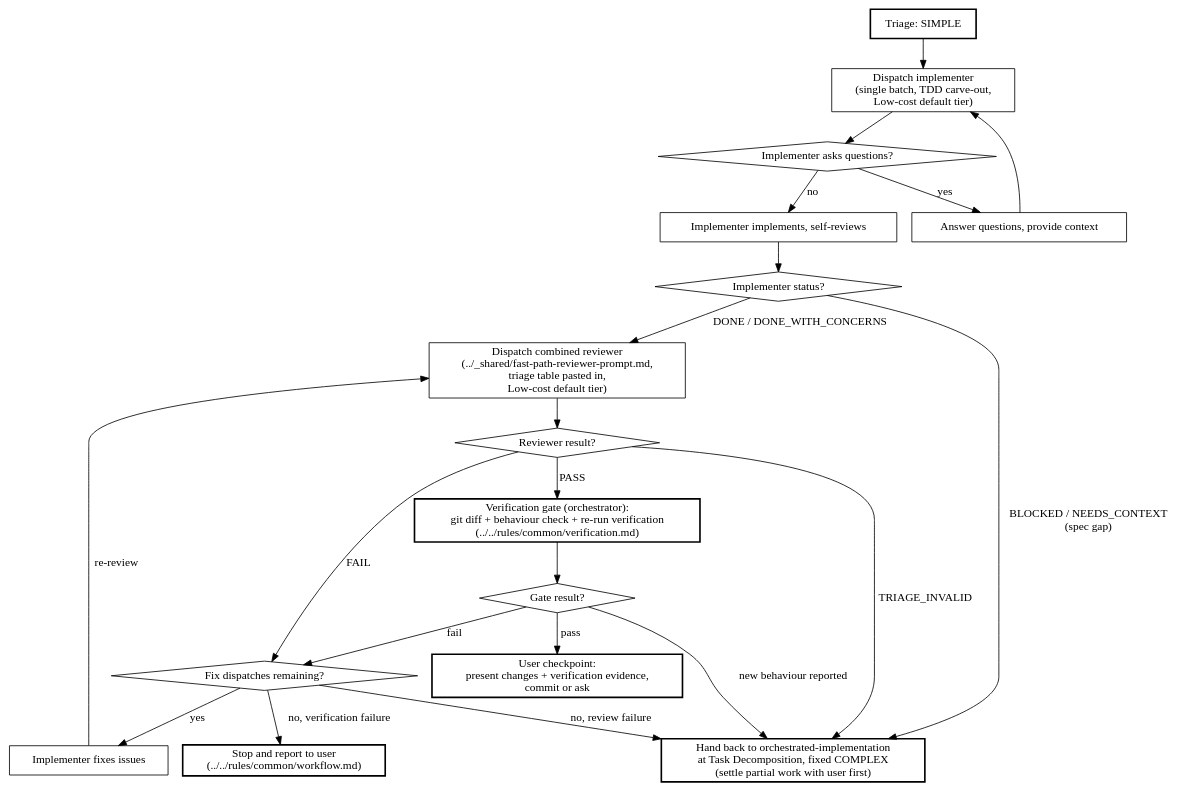
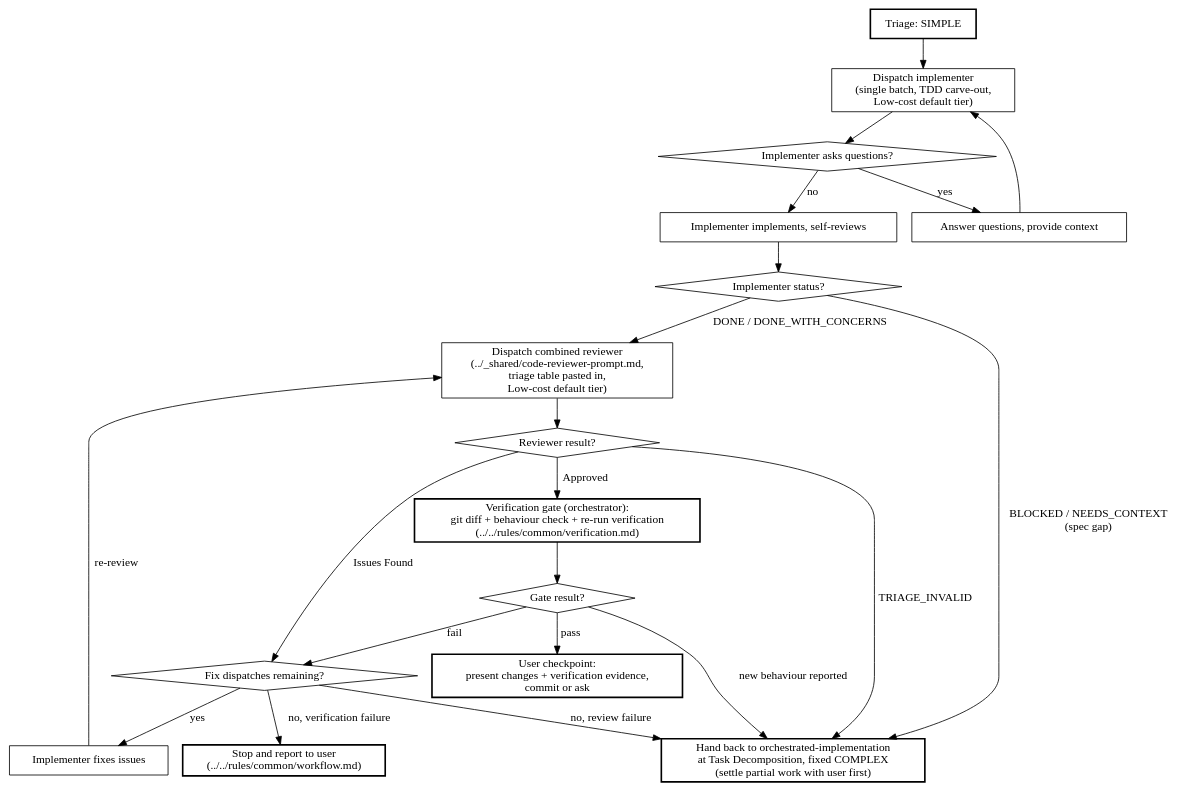
Before and after one commit to philipobenito/elelem: the diagram in skills/fast-path-implementation/SKILL.md, drawn with Graphviz. The commit also changed other lines of this file and 4 other files, not shown here.

````diff
--- a/skills/fast-path-implementation/SKILL.md
+++ b/skills/fast-path-implementation/SKILL.md
@@ -129,42 +129,42 @@
 ```dot
 digraph fast_path {
     rankdir=TB;
 
     "Triage: SIMPLE" [shape=box, style=bold];
     "Dispatch implementer\n(single batch, TDD carve-out,\nLow-cost default tier)" [shape=box];
     "Implementer asks questions?" [shape=diamond];
     "Answer questions, provide context" [shape=box];
     "Implementer implements, self-reviews" [shape=box];
     "Implementer status?" [shape=diamond];
-    "Dispatch combined reviewer\n(../_shared/fast-path-reviewer-prompt.md,\ntriage table pasted in,\nLow-cost default tier)" [shape=box];
+    "Dispatch combined reviewer\n(../_shared/code-reviewer-prompt.md,\ntriage table pasted in,\nLow-cost default tier)" [shape=box];
     "Reviewer result?" [shape=diamond];
     "Fix dispatches remaining?" [shape=diamond];
     "Implementer fixes issues" [shape=box];
     "Verification gate (orchestrator):\ngit diff + behaviour check + re-run verification\n(../../rules/common/verification.md)" [shape=box, style=bold];
     "Gate result?" [shape=diamond];
     "Hand back to orchestrated-implementation\nat Task Decomposition, fixed COMPLEX\n(settle partial work with user first)" [shape=box, style=bold];
     "Stop and report to user\n(../../rules/common/workflow.md)" [shape=box, style=bold];
     "User checkpoint:\npresent changes + verification evidence,\ncommit or ask" [shape=box, style=bold];
 
     "Triage: SIMPLE" -> "Dispatch implementer\n(single batch, TDD carve-out,\nLow-cost default tier)";
     "Dispatch implementer\n(single batch, TDD carve-out,\nLow-cost default tier)" -> "Implementer asks questions?";
     "Implementer asks questions?" -> "Answer questions, provide context" [label="yes"];
     "Answer questions, provide context" -> "Dispatch implementer\n(single batch, TDD carve-out,\nLow-cost default tier)";
     "Implementer asks questions?" -> "Implementer implements, self-reviews" [label="no"];
     "Implementer implements, self-reviews" -> "Implementer status?";
-    "Implementer status?" -> "Dispatch combined reviewer\n(../_shared/fast-path-reviewer-prompt.md,\ntriage table pasted in,\nLow-cost default tier)" [label="DONE / DONE_WITH_CONCERNS"];
+    "Implementer status?" -> "Dispatch combined reviewer\n(../_shared/code-reviewer-prompt.md,\ntriage table pasted in,\nLow-cost default tier)" [label="DONE / DONE_WITH_CONCERNS"];
     "Implementer status?" -> "Hand back to orchestrated-implementation\nat Task Decomposition, fixed COMPLEX\n(settle partial work with user first)" [label="BLOCKED / NEEDS_CONTEXT\n(spec gap)"];
-    "Dispatch combined reviewer\n(../_shared/fast-path-reviewer-prompt.md,\ntriage table pasted in,\nLow-cost default tier)" -> "Reviewer result?";
-    "Reviewer result?" -> "Verification gate (orchestrator):\ngit diff + behaviour check + re-run verification\n(../../rules/common/verification.md)" [label="PASS"];
-    "Reviewer result?" -> "Fix dispatches remaining?" [label="FAIL"];
+    "Dispatch combined reviewer\n(../_shared/code-reviewer-prompt.md,\ntriage table pasted in,\nLow-cost default tier)" -> "Reviewer result?";
+    "Reviewer result?" -> "Verification gate (orchestrator):\ngit diff + behaviour check + re-run verification\n(../../rules/common/verification.md)" [label="Approved"];
+    "Reviewer result?" -> "Fix dispatches remaining?" [label="Issues Found"];
     "Reviewer result?" -> "Hand back to orchestrated-implementation\nat Task Decomposition, fixed COMPLEX\n(settle partial work with user first)" [label="TRIAGE_INVALID"];
     "Fix dispatches remaining?" -> "Implementer fixes issues" [label="yes"];
     "Fix dispatches remaining?" -> "Hand back to orchestrated-implementation\nat Task Decomposition, fixed COMPLEX\n(settle partial work with user first)" [label="no, review failure"];
     "Fix dispatches remaining?" -> "Stop and report to user\n(../../rules/common/workflow.md)" [label="no, verification failure"];
-    "Implementer fixes issues" -> "Dispatch combined reviewer\n(../_shared/fast-path-reviewer-prompt.md,\ntriage table pasted in,\nLow-cost default tier)" [label="re-review"];
+    "Implementer fixes issues" -> "Dispatch combined reviewer\n(../_shared/code-reviewer-prompt.md,\ntriage table pasted in,\nLow-cost default tier)" [label="re-review"];
     "Verification gate (orchestrator):\ngit diff + behaviour check + re-run verification\n(../../rules/common/verification.md)" -> "Gate result?";
     "Gate result?" -> "Fix dispatches remaining?" [label="fail"];
     "Gate result?" -> "Hand back to orchestrated-implementation\nat Task Decomposition, fixed COMPLEX\n(settle partial work with user first)" [label="new behaviour reported"];
     "Gate result?" -> "User checkpoint:\npresent changes + verification evidence,\ncommit or ask" [label="pass"];
 }
 ```
````
